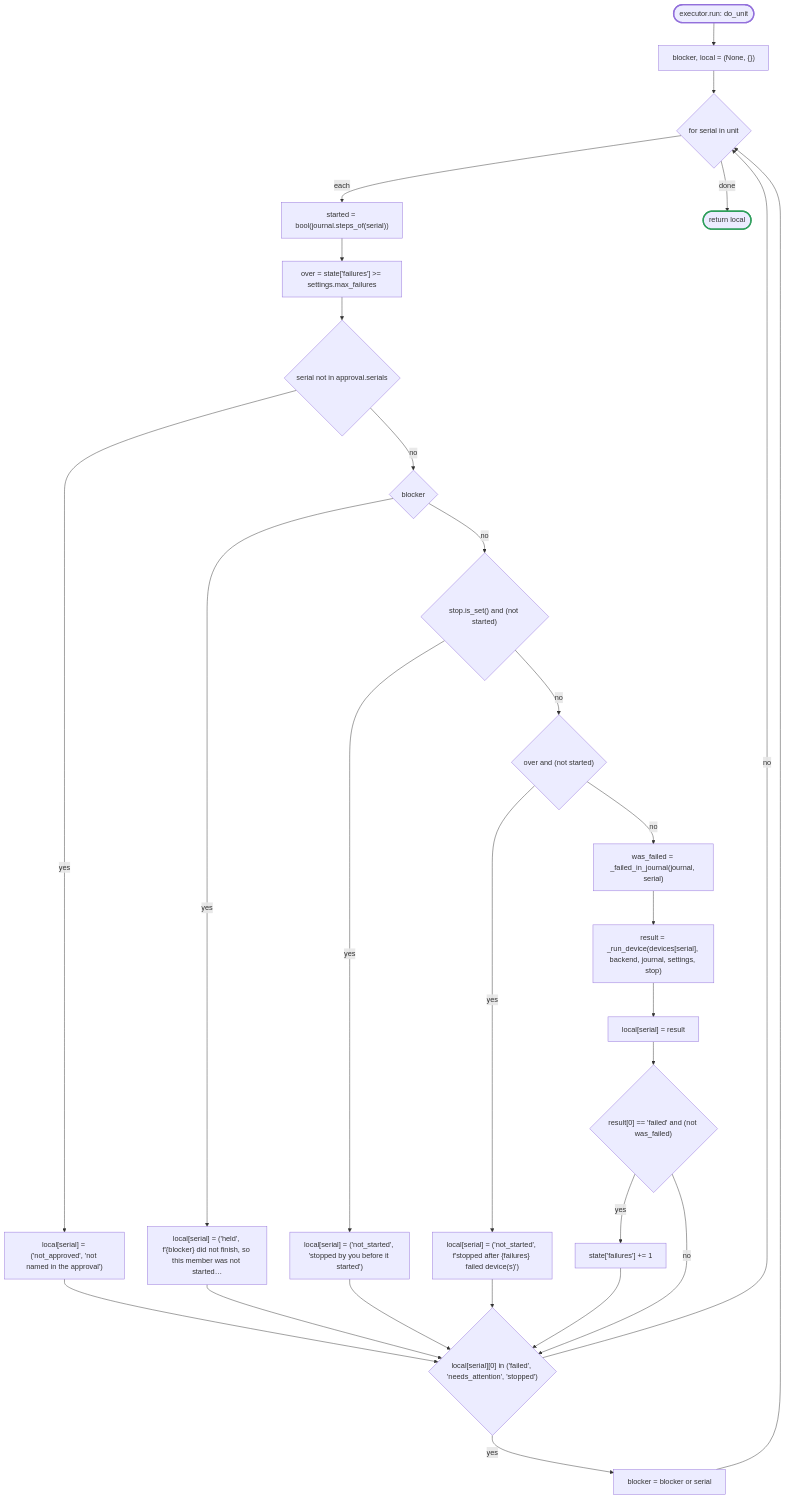
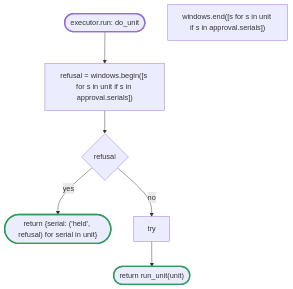
The second of 21 diagrams in docs/flow/upgrade.md (fettigcj/panUpgrade), drawn with Mermaid before and after one commit. The commit also changed other lines of this file and 24 other files, not shown here.

````diff
--- a/docs/flow/upgrade.md
+++ b/docs/flow/upgrade.md
@@ -115,58 +129,23 @@
 ```mermaid
 flowchart TD
     u1(["executor.run: do_unit"])
-    u2["blocker, local = (None, {})"]
-    u3{"for serial in unit"}
-    u4["started = bool(journal.steps_of(serial))"]
-    u5["over = state['failures'] &gt;= settings.max_failures"]
-    u6{"serial not in approval.serials"}
-    u7["local[serial] = ('not_approved', 'not named in the approval')"]
-    u8{"blocker"}
-    u9["local[serial] = ('held', f'{blocker} did not finish, so this member was not started…"]
-    u10{"stop.is_set() and (not started)"}
-    u11["local[serial] = ('not_started', 'stopped by you before it started')"]
-    u12{"over and (not started)"}
-    u13["local[serial] = ('not_started', f'stopped after {failures} failed device(s)')"]
-    u14["was_failed = _failed_in_journal(journal, serial)"]
-    u15["result = _run_device(devices[serial], backend, journal, settings, stop)"]
-    u16["local[serial] = result"]
-    u17{"result[0] == 'failed' and (not was_failed)"}
-    u18["state['failures'] += 1"]
-    u19{"local[serial][0] in ('failed', 'needs_attention', 'stopped')"}
-    u20["blocker = blocker or serial"]
-    u21(["return local"])
+    u2["refusal = windows.begin([s for s in unit if s in approval.serials])"]
+    u3{"refusal"}
+    u4(["return {serial: ('held', refusal) for serial in unit}"])
+    u5["try"]
+    u6(["return run_unit(unit)"])
+    u7["windows.end([s for s in unit if s in approval.serials])"]
     u1 --> u2
     u2 --> u3
-    u3 -->|each| u4
-    u4 --> u5
+    u3 -->|yes| u4
+    u3 -->|no| u5
     u5 --> u6
-    u6 -->|yes| u7
-    u6 -->|no| u8
-    u8 -->|yes| u9
-    u8 -->|no| u10
-    u10 -->|yes| u11
-    u10 -->|no| u12
-    u12 -->|yes| u13
-    u12 -->|no| u14
-    u14 --> u15
-    u15 --> u16
-    u16 --> u17
-    u17 -->|yes| u18
-    u7 --> u19
-    u9 --> u19
-    u11 --> u19
-    u13 --> u19
-    u18 --> u19
-    u17 -->|no| u19
-    u19 -->|yes| u20
-    u20 --> u3
-    u19 -->|no| u3
-    u3 -->|done| u21
     classDef api stroke:#2f6fed,stroke-width:3px
     classDef refuse stroke:#d64545,stroke-width:3px
     classDef done stroke:#2e9e5b,stroke-width:3px
     classDef step stroke:#e0a020,stroke-width:3px
     classDef entry stroke-width:3px
     class u1 entry
-    class u21 done
+    class u4 done
+    class u6 done
 ```
````
